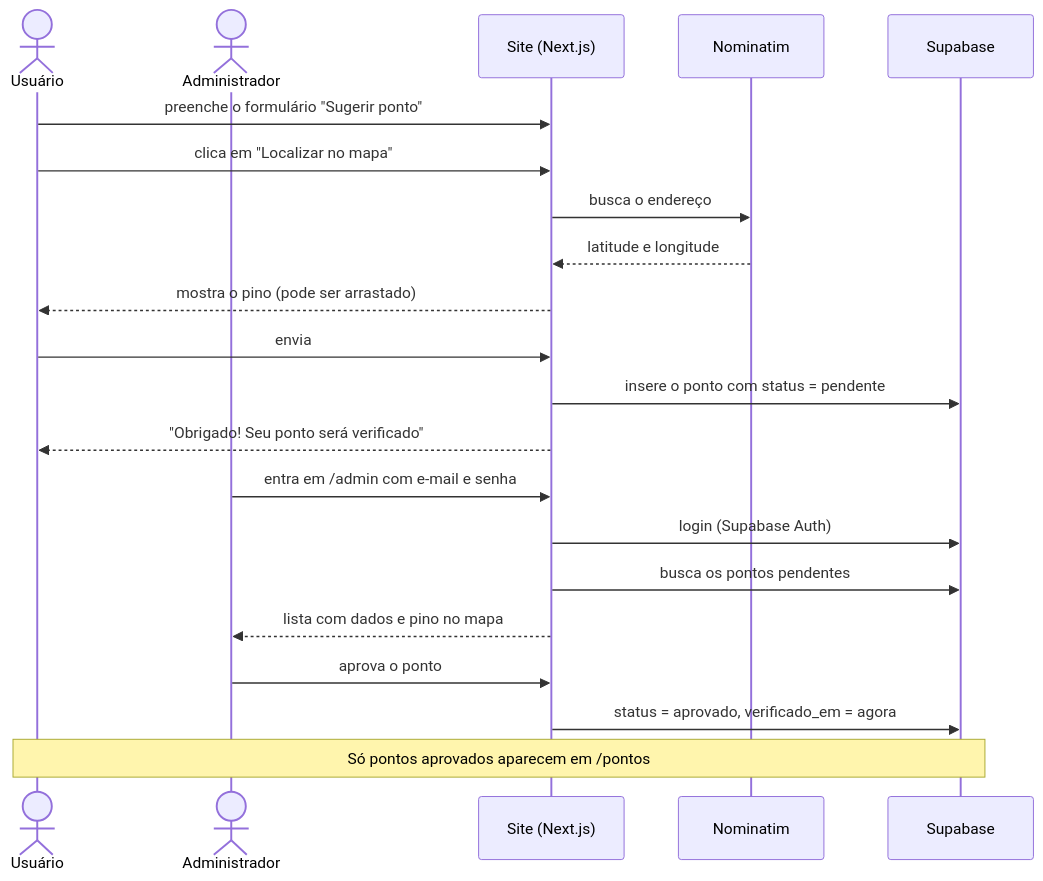
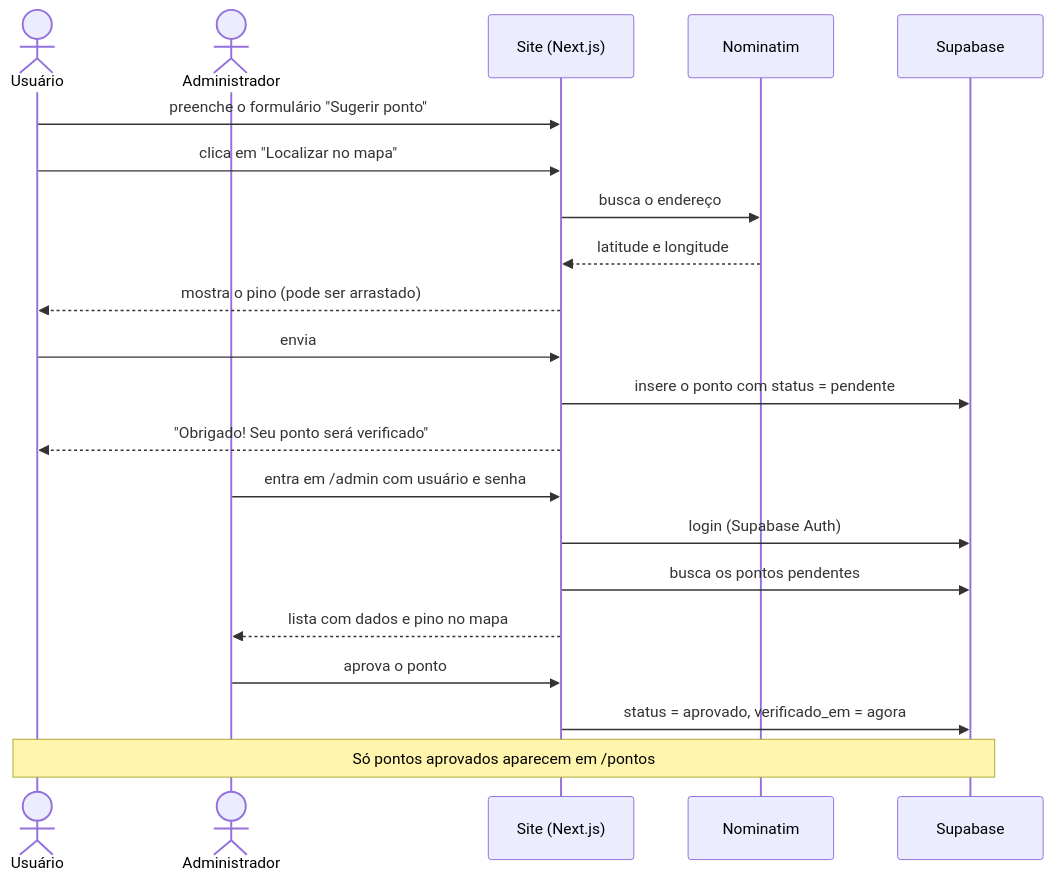
Before and after one commit to byLuanaRosa/descarte-certo: the fifth of 5 diagrams in docs/projeto/diagramas.md, drawn with Mermaid. The commit also changed other lines of this file and 7 other files, not shown here.

First line of the commit message:
feat: login do admin por nome de usuário e senha

````diff
--- a/docs/projeto/diagramas.md
+++ b/docs/projeto/diagramas.md
@@ -142,25 +142,25 @@
 ```mermaid
 sequenceDiagram
     actor U as Usuário
     actor A as Administrador
     participant N as Site (Next.js)
     participant G as Nominatim
     participant S as Supabase
 
     U->>N: preenche o formulário "Sugerir ponto"
     U->>N: clica em "Localizar no mapa"
     N->>G: busca o endereço
     G-->>N: latitude e longitude
     N-->>U: mostra o pino (pode ser arrastado)
     U->>N: envia
     N->>S: insere o ponto com status = pendente
     N-->>U: "Obrigado! Seu ponto será verificado"
 
-    A->>N: entra em /admin com e-mail e senha
+    A->>N: entra em /admin com usuário e senha
     N->>S: login (Supabase Auth)
     N->>S: busca os pontos pendentes
     N-->>A: lista com dados e pino no mapa
     A->>N: aprova o ponto
     N->>S: status = aprovado, verificado_em = agora
     Note over U,S: Só pontos aprovados aparecem em /pontos
 ```
````
